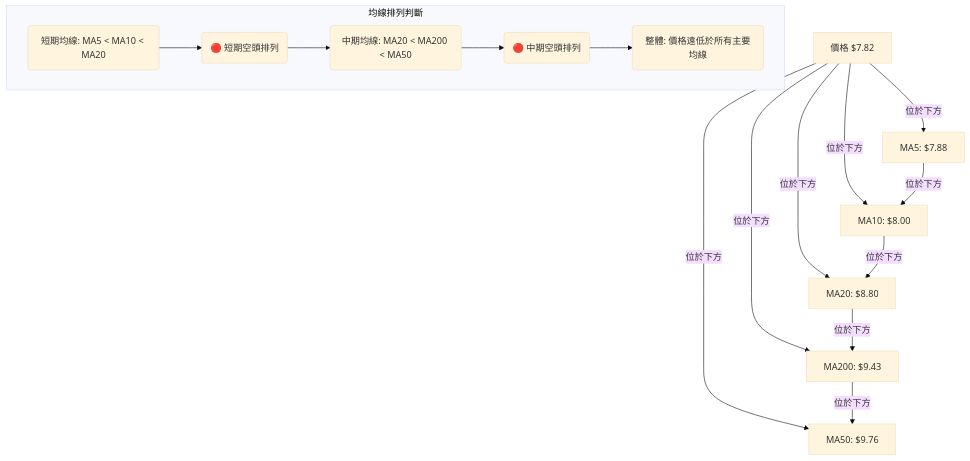
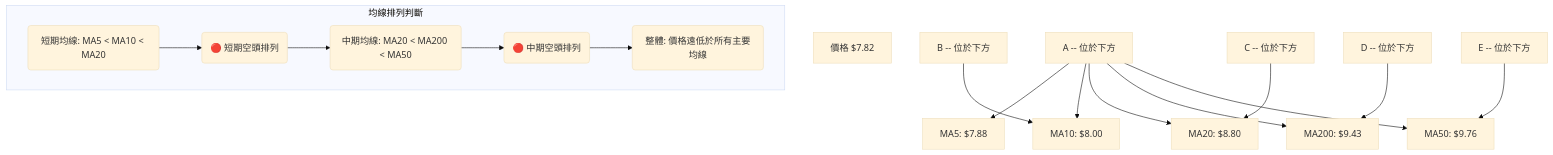
One commit to yennanliu/finance_data changed the sixth of 11 diagrams in ai_gen_report/stock/onds/technical_analysis_2026-07-07_gemini.md. Above: the diagram before and after it, drawn with Mermaid (base theme). The commit also changed other lines of this file and 2258 other files, not shown here.

First line of the commit message:
chore: backfill Mermaid syntax repair across existing reports

````diff
--- a/ai_gen_report/stock/onds/technical_analysis_2026-07-07_gemini.md
+++ b/ai_gen_report/stock/onds/technical_analysis_2026-07-07_gemini.md
@@ -428,26 +428,26 @@
 ```mermaid
 graph TD
-    A[價格 $7.82]
-    B[MA5: $7.88]
-    C[MA10: $8.00]
-    D[MA20: $8.80]
-    E[MA200: $9.43]
-    F[MA50: $9.76]
+    A["價格 $7.82"]
+    B["MA5: $7.88"]
+    C["MA10: $8.00"]
+    D["MA20: $8.80"]
+    E["MA200: $9.43"]
+    F["MA50: $9.76"]
 
-    A -- 位於下方 --> B
-    A -- 位於下方 --> C
-    A -- 位於下方 --> D
-    A -- 位於下方 --> E
-    A -- 位於下方 --> F
+    nb1["A -- 位於下方"] --> B
+    nb1["A -- 位於下方"] --> C
+    nb1["A -- 位於下方"] --> D
+    nb1["A -- 位於下方"] --> E
+    nb1["A -- 位於下方"] --> F
 
-    B -- 位於下方 --> C
-    C -- 位於下方 --> D
-    D -- 位於下方 --> E
-    E -- 位於下方 --> F
+    nb2["B -- 位於下方"] --> C
+    nb3["C -- 位於下方"] --> D
+    nb4["D -- 位於下方"] --> E
+    nb5["E -- 位於下方"] --> F
 
     subgraph 均線排列判斷
-        P1(短期均線: MA5 < MA10 < MA20) --> P2(🔴 短期空頭排列)
-        P2 --> P3(中期均線: MA20 < MA200 < MA50) --> P4(🔴 中期空頭排列)
-        P4 --> P5(整體: 價格遠低於所有主要均線)
+        P1("短期均線: MA5 < MA10 < MA20") --> P2("🔴 短期空頭排列")
+        P2 --> P3("中期均線: MA20 < MA200 < MA50") --> P4("🔴 中期空頭排列")
+        P4 --> P5("整體: 價格遠低於所有主要均線")
     end
 ```
````
